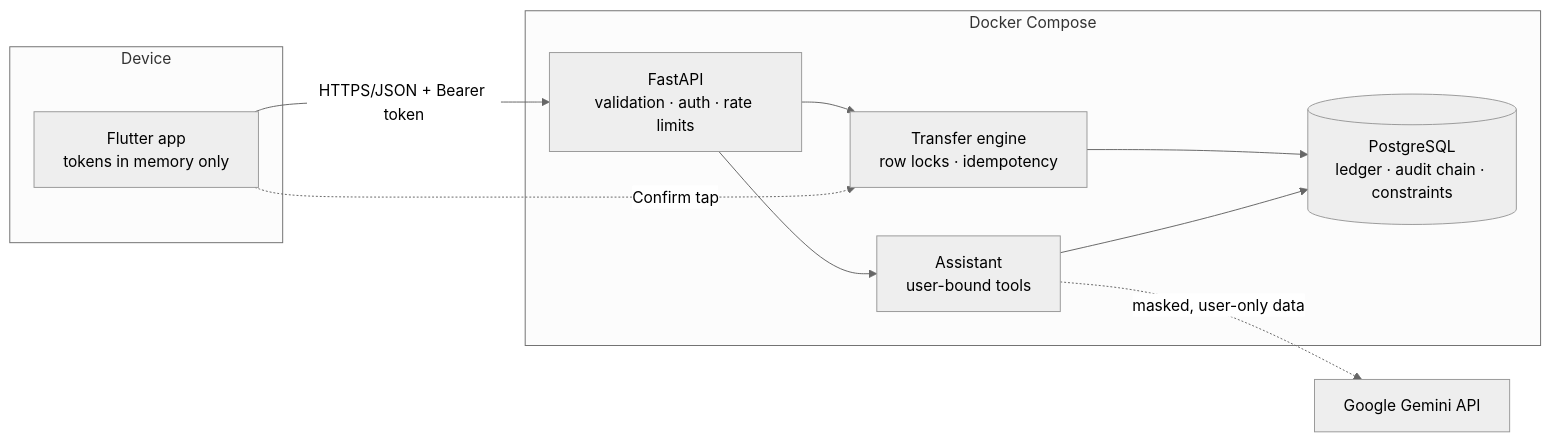
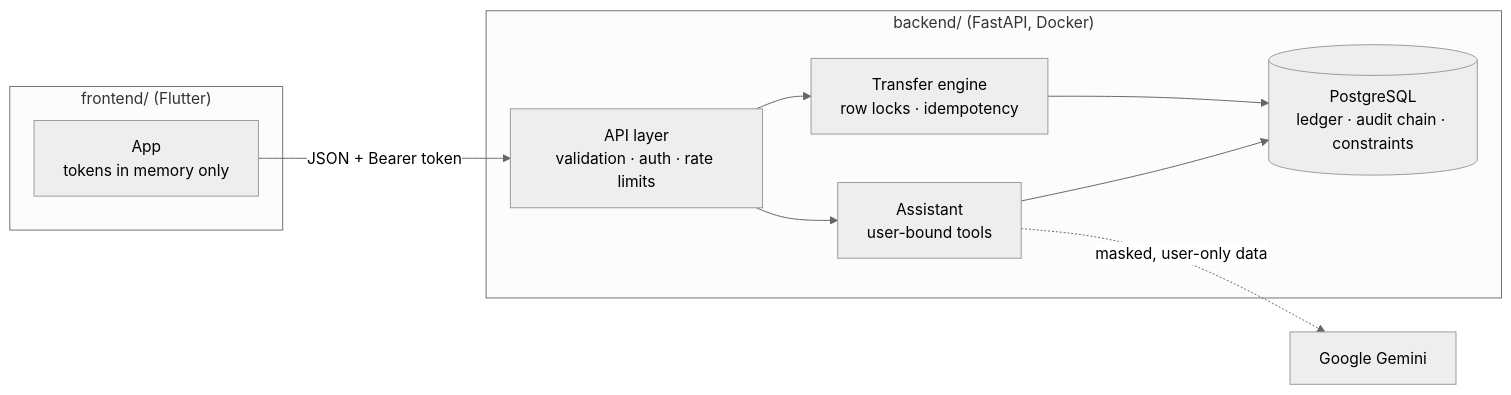
One commit to isa-aldoy/sahil-fintech-demo changed the diagram in README.md. Above: the diagram before and after it, drawn with Mermaid (neutral theme). The commit also changed other lines of this file and 31 other files, not shown here.

First line of the commit message:
Split into backend/ and frontend/, add money requests and CSV statements, rewrite README

````diff
--- a/README.md
+++ b/README.md
@@ -48,18 +61,17 @@
 ```mermaid
 flowchart LR
-  subgraph Device
-    A[Flutter app<br/>tokens in memory only]
+  subgraph frontend["frontend/ (Flutter)"]
+    A[App<br/>tokens in memory only]
   end
-  subgraph Server["Docker Compose"]
-    B[FastAPI<br/>validation · auth · rate limits]
+  subgraph backend["backend/ (FastAPI, Docker)"]
+    B[API layer<br/>validation · auth · rate limits]
     T[Transfer engine<br/>row locks · idempotency]
     AS[Assistant<br/>user-bound tools]
     D[(PostgreSQL<br/>ledger · audit chain · constraints)]
   end
-  G[Google Gemini API]
-  A -- HTTPS/JSON + Bearer token --> B
+  G[Google Gemini]
+  A -- JSON + Bearer token --> B
   B --> T --> D
   B --> AS --> D
   AS -. masked, user-only data .-> G
-  A -. "Confirm" tap .-> T
 ```
````
